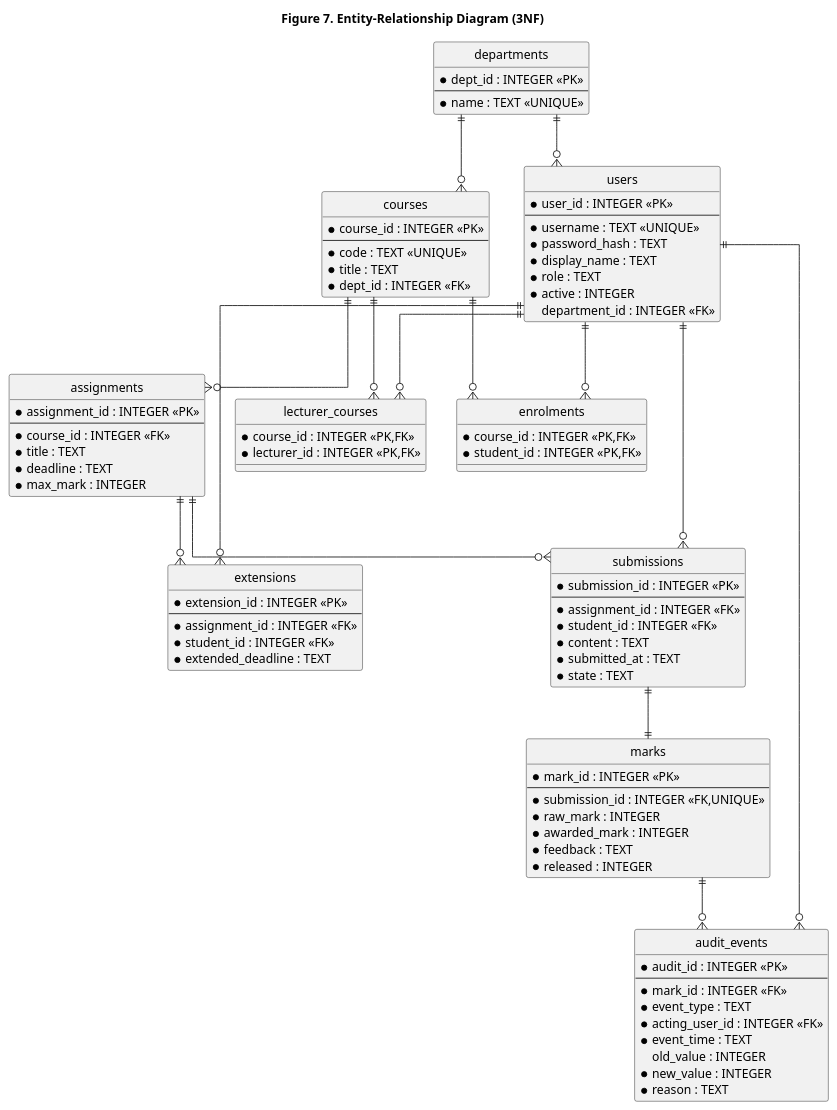
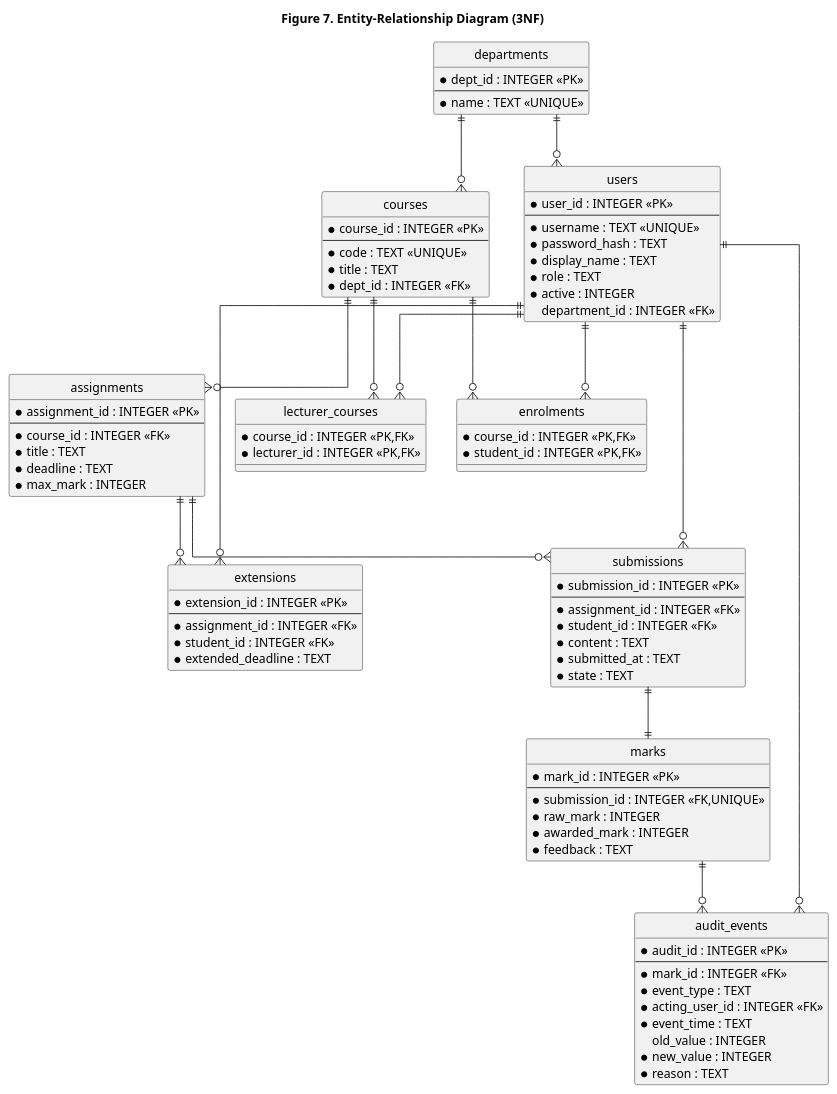
One commit to mwelipama/cs4433-moderated-lms changed the diagram in assets/diagrams/erd.puml. Above: the diagram before and after it, drawn with PlantUML. The commit also changed 20 other files, not shown here.

Commit message:
Gate 2 corrections: single release state, first-late-only rule, DB audit-reason enforcement, partial release plus atomic transactions, SQLite schema validation

```diff
--- a/assets/diagrams/erd.puml
+++ b/assets/diagrams/erd.puml
@@ -1,95 +1,94 @@
 @startuml
 title Figure 7. Entity-Relationship Diagram (3NF)
 skinparam linetype ortho
 hide circle
 skinparam shadowing false
 
 entity users {
   * user_id : INTEGER <<PK>>
   --
   * username : TEXT <<UNIQUE>>
   * password_hash : TEXT
   * display_name : TEXT
   * role : TEXT
   * active : INTEGER
   department_id : INTEGER <<FK>>
 }
 entity departments {
   * dept_id : INTEGER <<PK>>
   --
   * name : TEXT <<UNIQUE>>
 }
 entity courses {
   * course_id : INTEGER <<PK>>
   --
   * code : TEXT <<UNIQUE>>
   * title : TEXT
   * dept_id : INTEGER <<FK>>
 }
 entity lecturer_courses {
   * course_id : INTEGER <<PK,FK>>
   * lecturer_id : INTEGER <<PK,FK>>
 }
 entity enrolments {
   * course_id : INTEGER <<PK,FK>>
   * student_id : INTEGER <<PK,FK>>
 }
 entity assignments {
   * assignment_id : INTEGER <<PK>>
   --
   * course_id : INTEGER <<FK>>
   * title : TEXT
   * deadline : TEXT
   * max_mark : INTEGER
 }
 entity extensions {
   * extension_id : INTEGER <<PK>>
   --
   * assignment_id : INTEGER <<FK>>
   * student_id : INTEGER <<FK>>
   * extended_deadline : TEXT
 }
 entity submissions {
   * submission_id : INTEGER <<PK>>
   --
   * assignment_id : INTEGER <<FK>>
   * student_id : INTEGER <<FK>>
   * content : TEXT
   * submitted_at : TEXT
   * state : TEXT
 }
 entity marks {
   * mark_id : INTEGER <<PK>>
   --
   * submission_id : INTEGER <<FK,UNIQUE>>
   * raw_mark : INTEGER
   * awarded_mark : INTEGER
   * feedback : TEXT
-  * released : INTEGER
 }
 entity audit_events {
   * audit_id : INTEGER <<PK>>
   --
   * mark_id : INTEGER <<FK>>
   * event_type : TEXT
   * acting_user_id : INTEGER <<FK>>
   * event_time : TEXT
   old_value : INTEGER
   * new_value : INTEGER
   * reason : TEXT
 }
 departments ||--o{ courses
 departments ||--o{ users
 courses ||--o{ assignments
 courses ||--o{ lecturer_courses
 users ||--o{ lecturer_courses
 courses ||--o{ enrolments
 users ||--o{ enrolments
 assignments ||--o{ submissions
 users ||--o{ submissions
 assignments ||--o{ extensions
 users ||--o{ extensions
 submissions ||--|| marks
 marks ||--o{ audit_events
 users ||--o{ audit_events
 @enduml
```
